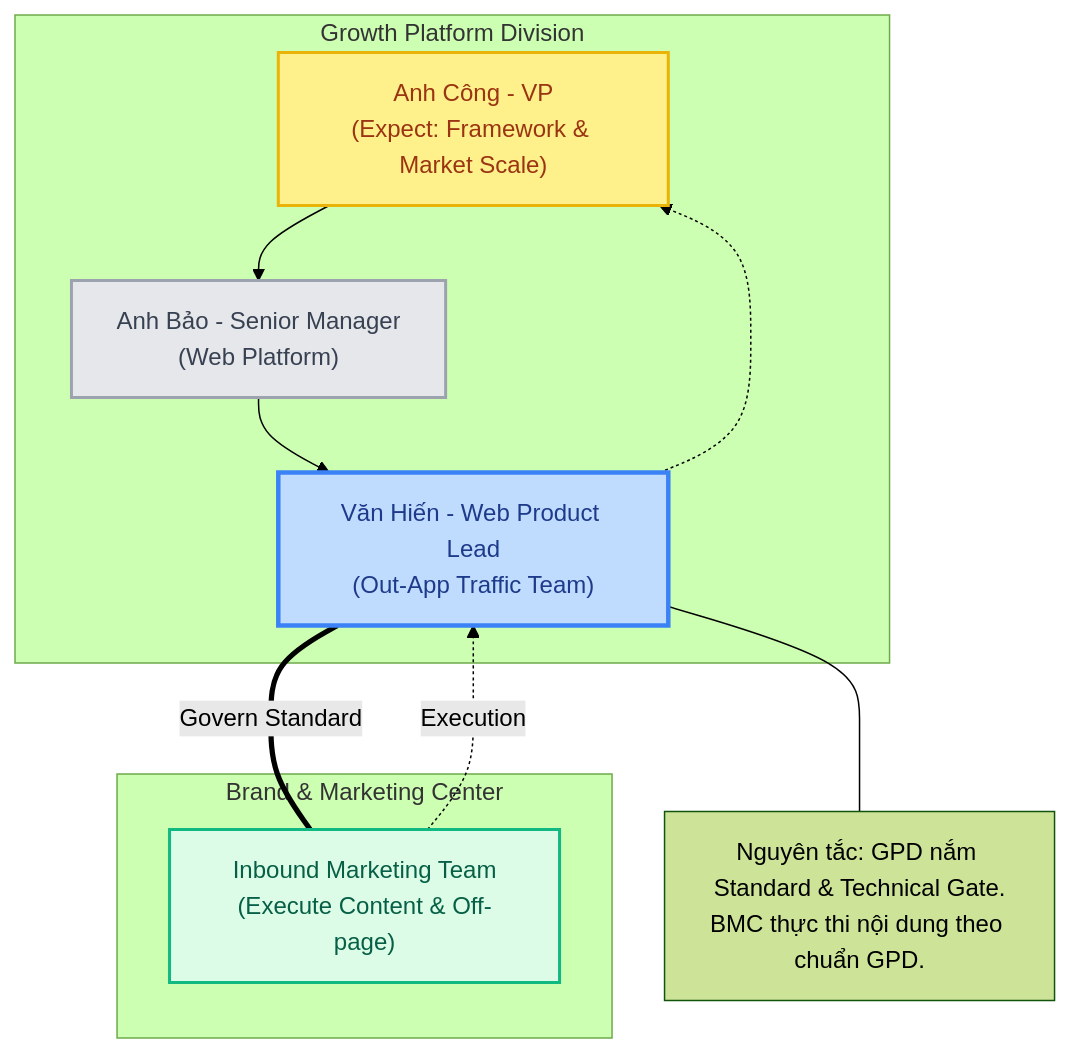
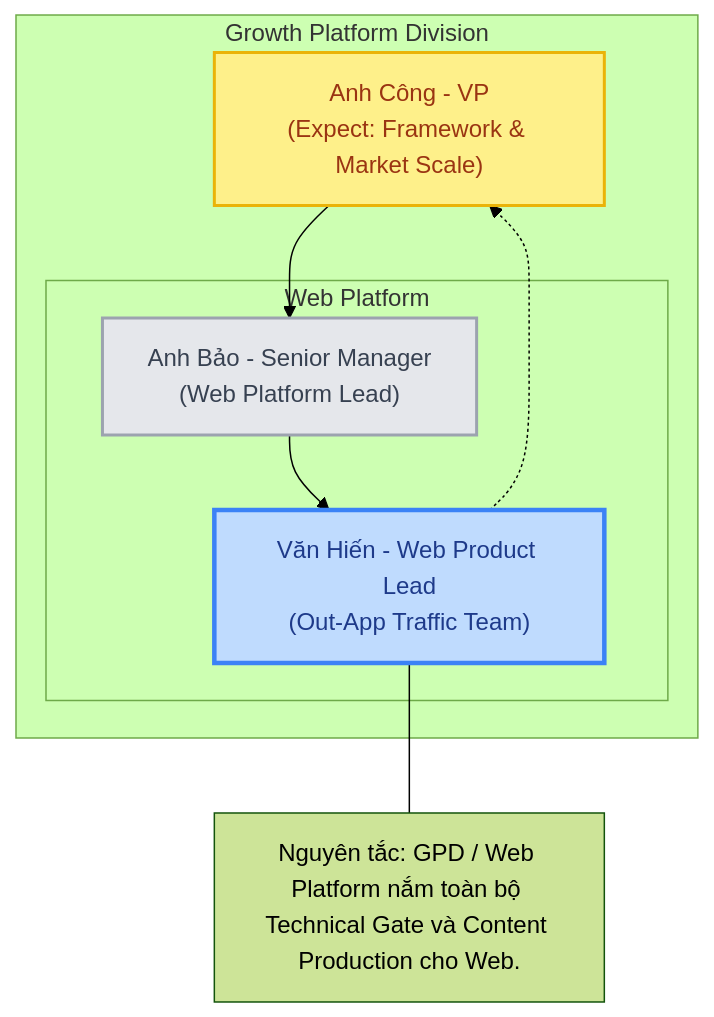
Before and after one commit to vanhien26/hienho-knowledgebase: the first of 2 diagrams in 00_HARNESS_CORE/hienho_master_doc.md, drawn with Mermaid (forest theme). The commit also changed other lines of this file and 356 other files, not shown here.

````diff
--- a/00_HARNESS_CORE/hienho_master_doc.md
+++ b/00_HARNESS_CORE/hienho_master_doc.md
@@ -283,30 +402,23 @@
 ```mermaid
 flowchart TD
     %% Define styles
     classDef leadership fill:#fef08a,stroke:#eab308,stroke-width:2px,color:#9a3412
     classDef hien fill:#bfdbfe,stroke:#3b82f6,stroke-width:3px,color:#1e3a8a
     classDef tech fill:#e5e7eb,stroke:#9ca3af,stroke-width:2px,color:#374151
-    classDef inbound fill:#dcfce7,stroke:#10b981,stroke-width:2px,color:#065f46
-    
+
     subgraph GPD ["Growth Platform Division"]
         Cong["Anh Công - VP<br/>(Expect: Framework & Market Scale)"]:::leadership
-        Bao["Anh Bảo - Senior Manager<br/>(Web Platform)"]:::tech
-        Hien["Văn Hiến - Web Product Lead<br/>(Out-App Traffic Team)"]:::hien
-        
+        subgraph WP ["Web Platform"]
+            Bao["Anh Bảo - Senior Manager<br/>(Web Platform Lead)"]:::tech
+            Hien["Văn Hiến - Web Product Lead<br/>(Out-App Traffic Team)"]:::hien
+        end
+
         Cong --> Bao
         Bao --> Hien
         Hien -.-> Cong
     end
 
-    subgraph BMC ["Brand & Marketing Center"]
-        Inbound["Inbound Marketing Team<br/>(Execute Content & Off-page)"]:::inbound
-    end
-
-    %% Interactions
-    Hien ===|Govern Standard| Inbound
-    Inbound -.->|Execution| Hien
-    
     %% Note
-    note1["Nguyên tắc: GPD nắm Standard & Technical Gate.<br/>BMC thực thi nội dung theo chuẩn GPD."]
+    note1["Nguyên tắc: GPD / Web Platform nắm toàn bộ Technical Gate và Content Production cho Web."]
     Hien --- note1
 ```
````
